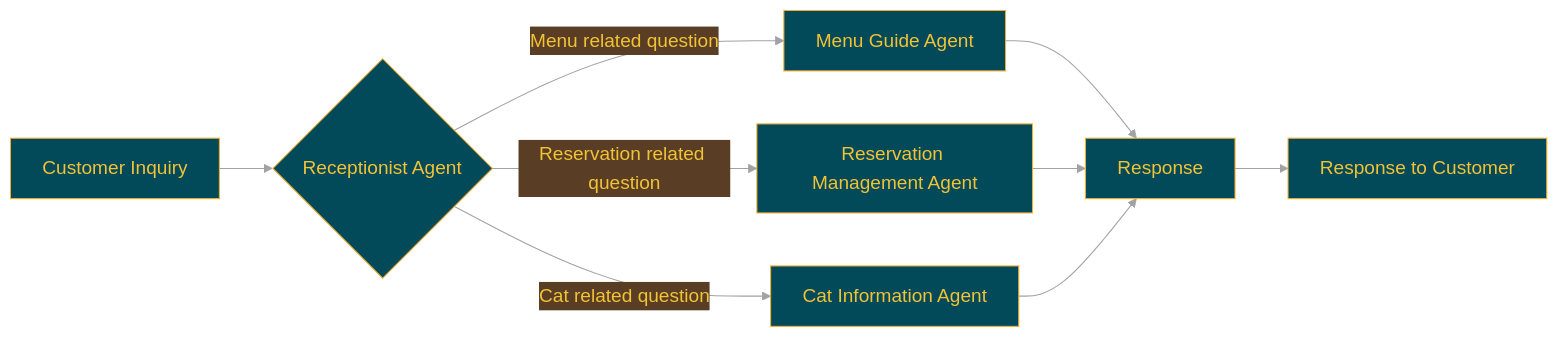
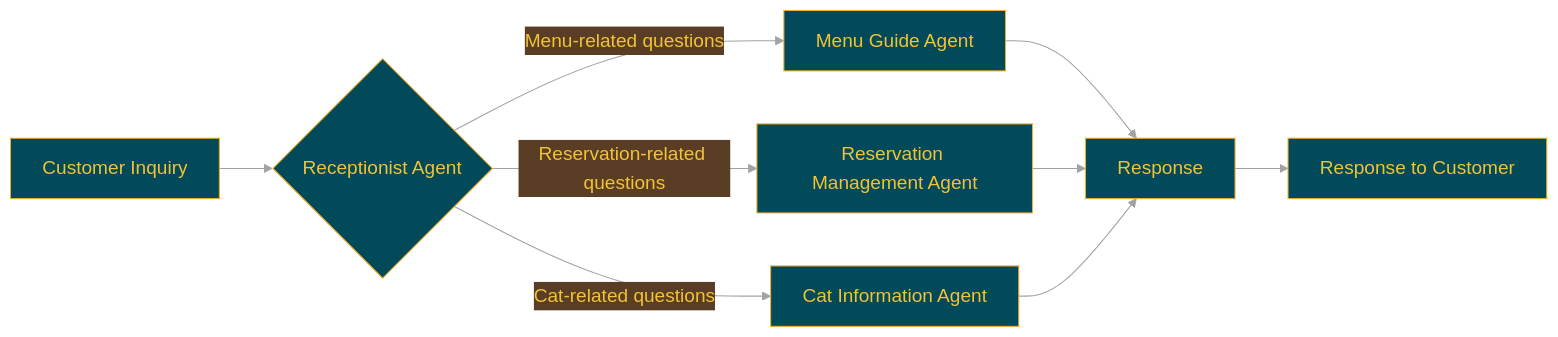
The diagram in docs/README.en.md (Sunwood-ai-labs/swarm-cat-cafe), drawn with Mermaid before and after one commit. The commit also changed other lines of this file, not shown here.

````diff
--- a/docs/README.en.md
+++ b/docs/README.en.md
@@ -150,17 +150,17 @@
 ```mermaid
 %%{init:{'theme':'base','themeVariables':{'primaryColor':'#024959','primaryTextColor':'#F2C335','primaryBorderColor':'#F2AE30','lineColor':'#A1A2A6','secondaryColor':'#593E25','tertiaryColor':'#F2C335','noteTextColor':'#024959','noteBkgColor':'#F2C335','textColor':'#024959','fontSize':'18px'}}}%%
 
 graph LR
     A[Customer Inquiry] --> B{Receptionist Agent}
-    B -- Menu related question --> C[Menu Guide Agent]
-    B -- Reservation related question --> D[Reservation Management Agent]
-    B -- Cat related question --> E[Cat Information Agent]
+    B -- Menu-related questions --> C[Menu Guide Agent]
+    B -- Reservation-related questions --> D[Reservation Management Agent]
+    B -- Cat-related questions --> E[Cat Information Agent]
     C --> F[Response]
     D --> F
     E --> F
     F --> G[Response to Customer]
 
     class B,C,D,E agent;
     class A,G process;
 
 ```
````
